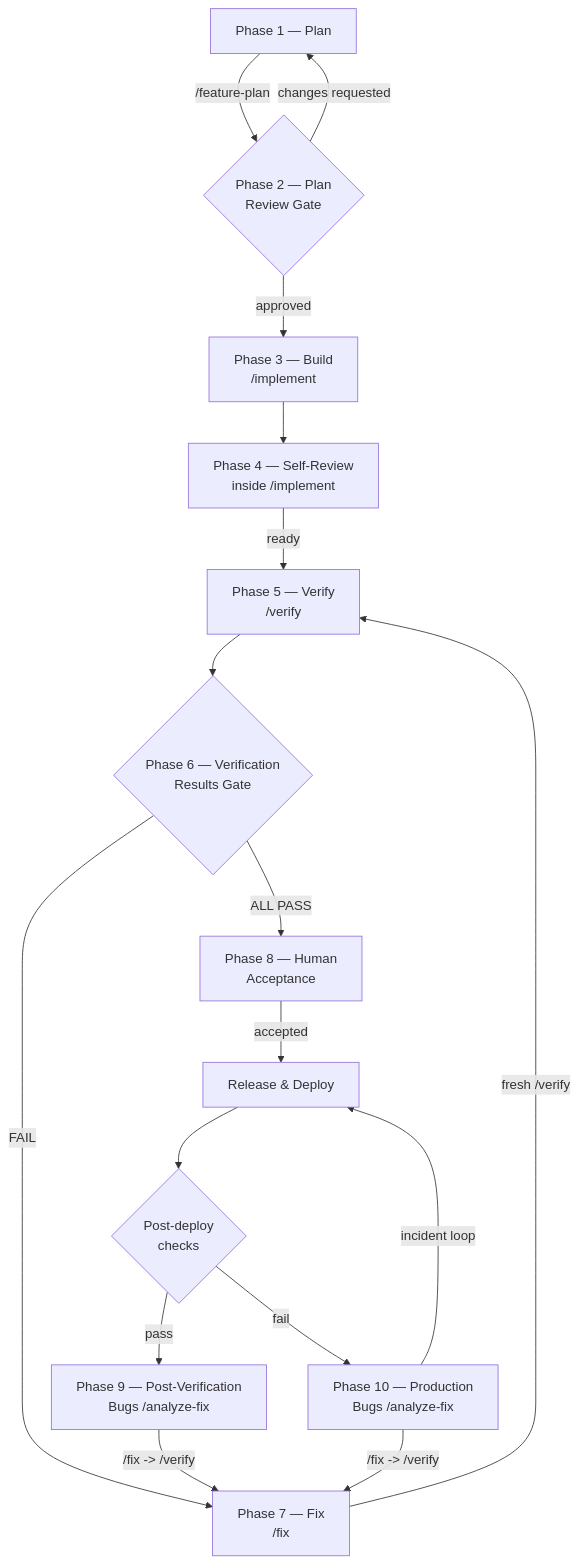
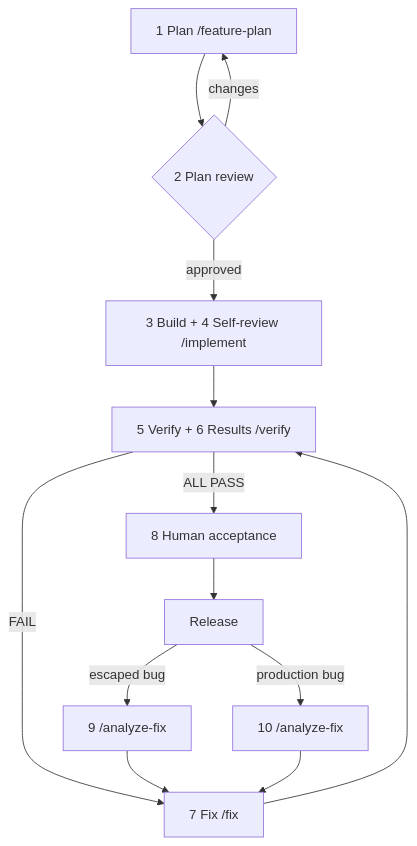
Before and after one commit to techierathore/AI-First-Playbook: the diagram in docs/Getting-Started.md, drawn with Mermaid. The commit also changed other lines of this file and 45 other files, not shown here.

````diff
--- a/docs/Getting-Started.md
+++ b/docs/Getting-Started.md
@@ -18,19 +13,15 @@
 ```mermaid
 flowchart TD
-    A["Phase 1 — Plan"] -->|/feature-plan| B{"Phase 2 — Plan\nReview Gate"}
-    B -->|approved| C["Phase 3 — Build\n/implement"]
-    B -->|changes requested| A
-    C --> D["Phase 4 — Self-Review\ninside /implement"]
-    D -->|ready| E["Phase 5 — Verify\n/verify"]
-    E --> F{"Phase 6 — Verification\nResults Gate"}
-    F -->|ALL PASS| H["Phase 8 — Human\nAcceptance"]
-    F -->|FAIL| G["Phase 7 — Fix\n/fix"]
-    G -->|fresh /verify| E
-    H -->|accepted| I["Release & Deploy"]
-    I --> J{"Post-deploy\nchecks"}
-    J -->|pass| K["Phase 9 — Post-Verification\nBugs /analyze-fix"]
-    J -->|fail| L["Phase 10 — Production\nBugs /analyze-fix"]
-    K -->|/fix -> /verify| G
-    L -->|/fix -> /verify| G
-    L -->|incident loop| I
+    A["1 Plan /feature-plan"] --> B{"2 Plan review"}
+    B -->|approved| C["3 Build + 4 Self-review /implement"]
+    B -->|changes| A
+    C --> E["5 Verify + 6 Results /verify"]
+    E -->|FAIL| G["7 Fix /fix"]
+    G --> E
+    E -->|ALL PASS| H["8 Human acceptance"]
+    H --> I["Release"]
+    I -->|escaped bug| K["9 /analyze-fix"]
+    I -->|production bug| L["10 /analyze-fix"]
+    K --> G
+    L --> G
 ```
````
